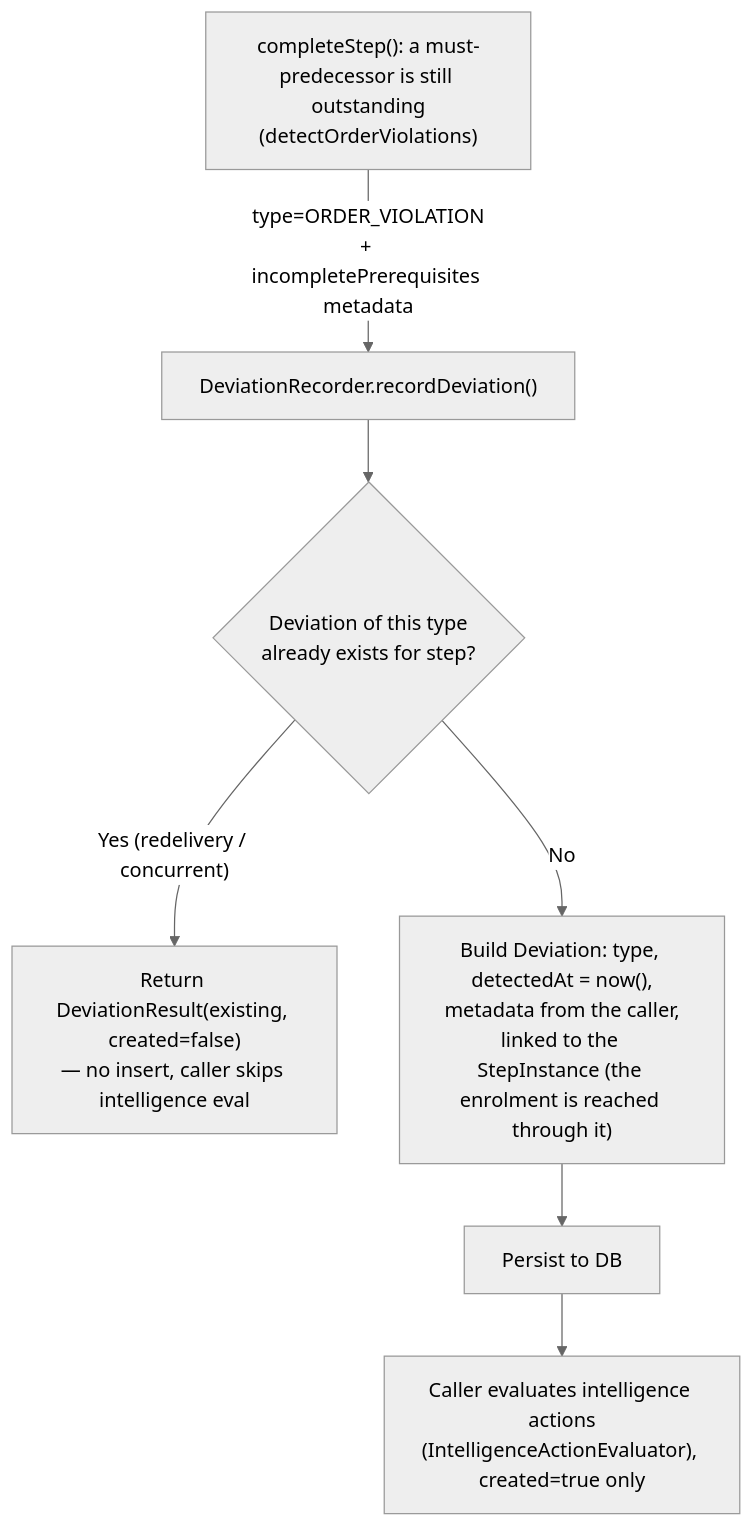
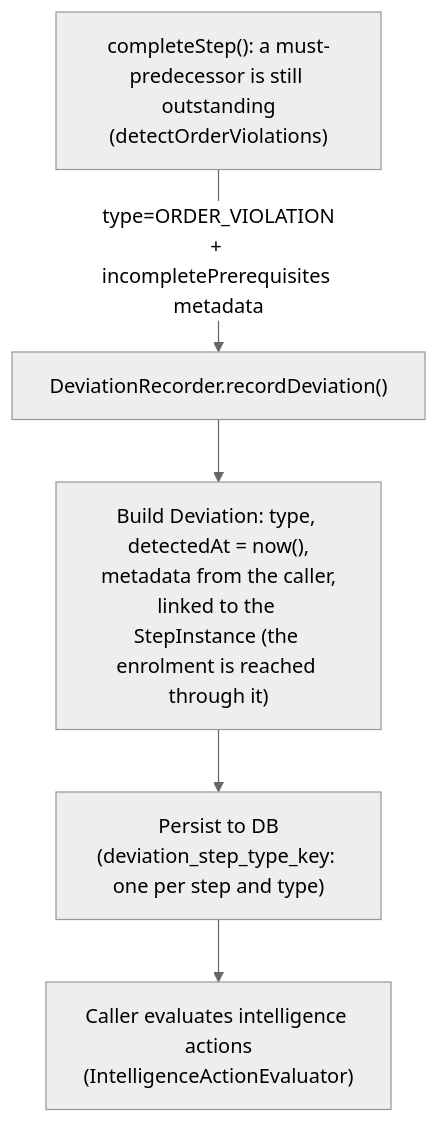
Before and after one commit to Jayaprakash8887/cce-matcher-service: the fifth of 11 diagrams in docs/flow-diagrams.md, drawn with Mermaid (neutral theme). The commit also changed other lines of this file and 3 other files, not shown here.

````diff
--- a/docs/flow-diagrams.md
+++ b/docs/flow-diagrams.md
@@ -293,12 +292,10 @@
 ```mermaid
 flowchart TD
     T2["completeStep(): a must-predecessor is still outstanding<br/>(detectOrderViolations)"]
     T2 -->|"type=ORDER_VIOLATION<br/>+ incompletePrerequisites metadata"| RD
 
     RD["DeviationRecorder.recordDeviation()"]
-    RD --> DX{"Deviation of this type<br/>already exists for step?"}
-    DX -->|"Yes (redelivery / concurrent)"| DXR["Return DeviationResult(existing, created=false)<br/>— no insert, caller skips intelligence eval"]
-    DX -->|"No"| D1["Build Deviation: type, detectedAt = now(),<br/>metadata from the caller,<br/>linked to the StepInstance (the enrolment is reached through it)"]
-    D1 --> D6["Persist to DB"]
-    D6 --> D8["Caller evaluates intelligence actions<br/>(IntelligenceActionEvaluator), created=true only"]
+    RD --> D1["Build Deviation: type, detectedAt = now(),<br/>metadata from the caller,<br/>linked to the StepInstance (the enrolment is reached through it)"]
+    D1 --> D6["Persist to DB<br/>(deviation_step_type_key: one per step and type)"]
+    D6 --> D8["Caller evaluates intelligence actions<br/>(IntelligenceActionEvaluator)"]
 ```
````
